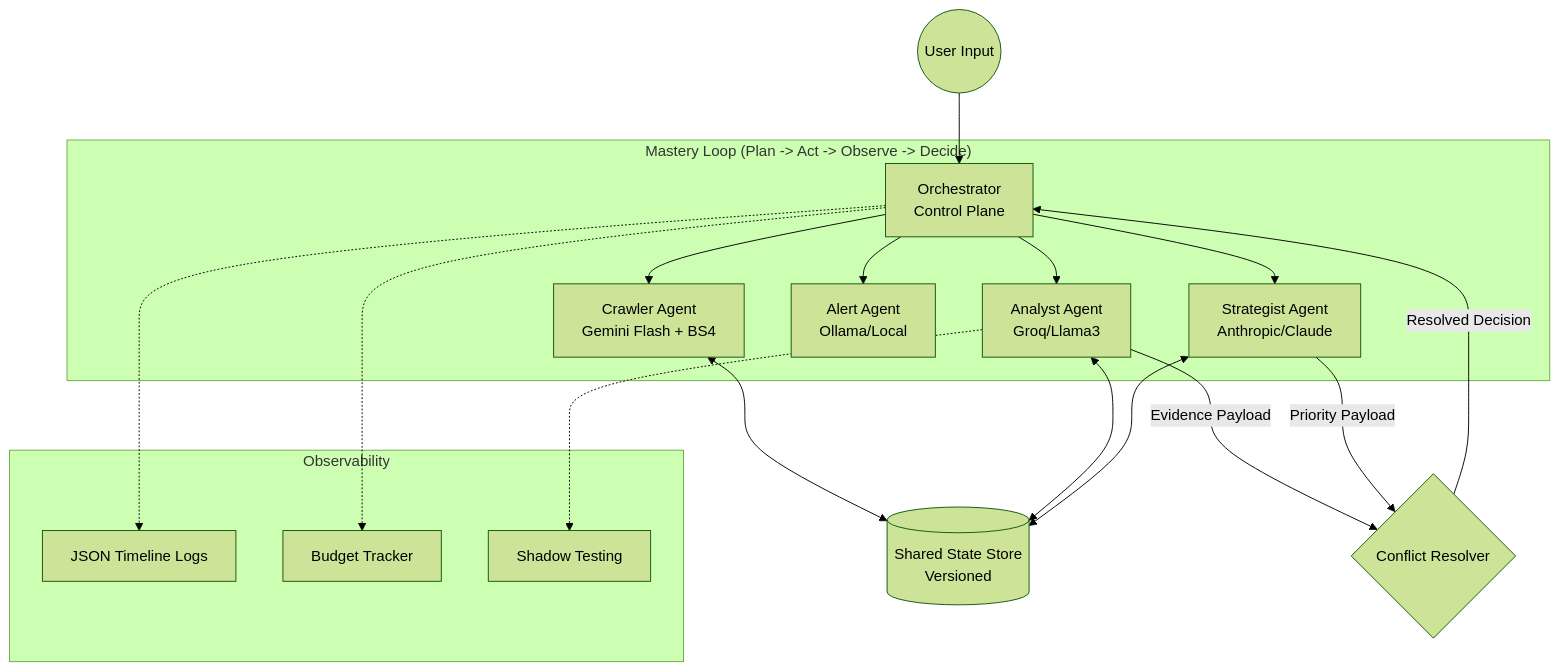
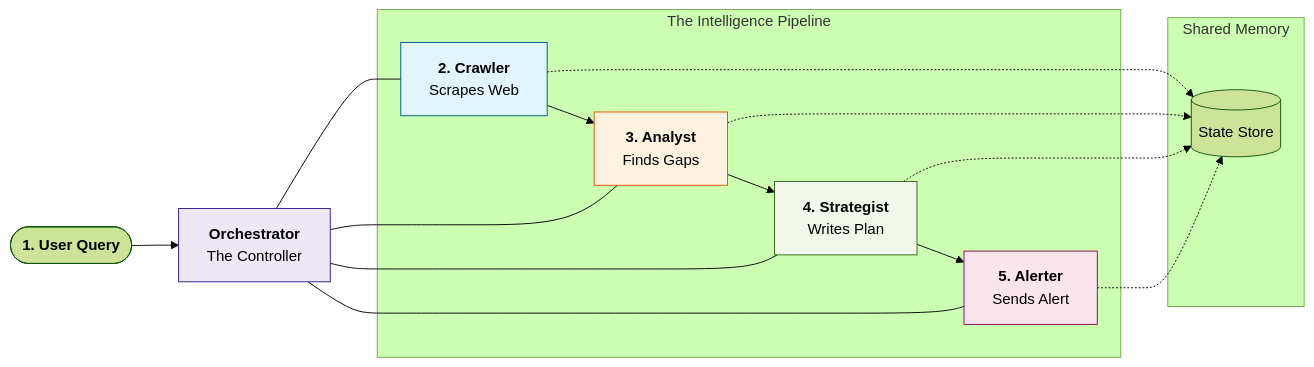
Before and after one commit to faisalhasan00/Grabon2project6ths: the diagram in README.md, drawn with Mermaid (forest theme). The commit also changed other lines of this file, not shown here.

Commit message:
docs: Simplified architecture diagram and added 30-second lifecycle explanation for better clarity.

````diff
--- a/README.md
+++ b/README.md
@@ -26,30 +26,33 @@
 ```mermaid
-graph TD
-    User((User Input)) --> Orch[Orchestrator<br/>Control Plane]
+graph LR
+    Input([<b>1. User Query</b>]) --> Orch[<b>Orchestrator</b><br/>The Controller]
     
-    subgraph "Mastery Loop (Plan -> Act -> Observe -> Decide)"
-        Orch --> C[Crawler Agent<br/>Gemini Flash + BS4]
-        Orch --> A[Analyst Agent<br/>Groq/Llama3]
-        Orch --> S[Strategist Agent<br/>Anthropic/Claude]
-        Orch --> Alert[Alert Agent<br/>Ollama/Local]
-    end
-
-    C <--> State[(Shared State Store<br/>Versioned)]
-    A <--> State
-    S <--> State
-    
-    A -- "Evidence Payload" --> CR{Conflict Resolver}
-    S -- "Priority Payload" --> CR
-    
-    CR -- "Resolved Decision" --> Orch
-    
-    subgraph Observability
-        Log[JSON Timeline Logs]
-        Budget[Budget Tracker]
-        Shadow[Shadow Testing]
+    subgraph "The Intelligence Pipeline"
+        Step1[<b>2. Crawler</b><br/>Scrapes Web]
+        Step2[<b>3. Analyst</b><br/>Finds Gaps]
+        Step3[<b>4. Strategist</b><br/>Writes Plan]
+        Step4[<b>5. Alerter</b><br/>Sends Alert]
+        
+        Step1 --> Step2 --> Step3 --> Step4
     end
     
-    Orch -.-> Log
-    Orch -.-> Budget
-    A -.-> Shadow
+    Orch --- Step1
+    Orch --- Step2
+    Orch --- Step3
+    Orch --- Step4
+    
+    subgraph "Shared Memory"
+        State[(State Store)]
+    end
+    
+    Step1 -.-> State
+    Step2 -.-> State
+    Step3 -.-> State
+    Step4 -.-> State
+
+    style Step1 fill:#e1f5fe,stroke:#01579b
+    style Step2 fill:#fff3e0,stroke:#e65100
+    style Step3 fill:#f1f8e9,stroke:#33691e
+    style Step4 fill:#fce4ec,stroke:#880e4f
+    style Orch fill:#ede7f6,stroke:#311b92
 ```
````
